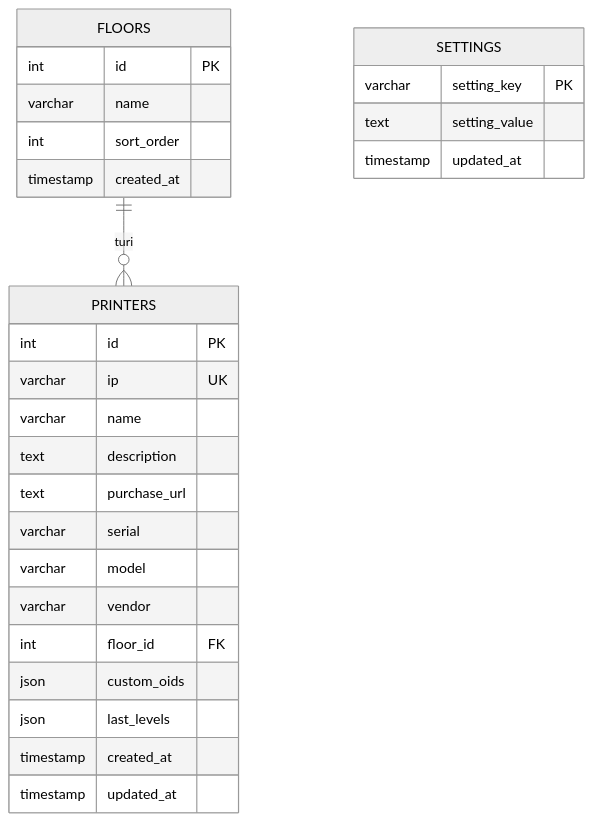
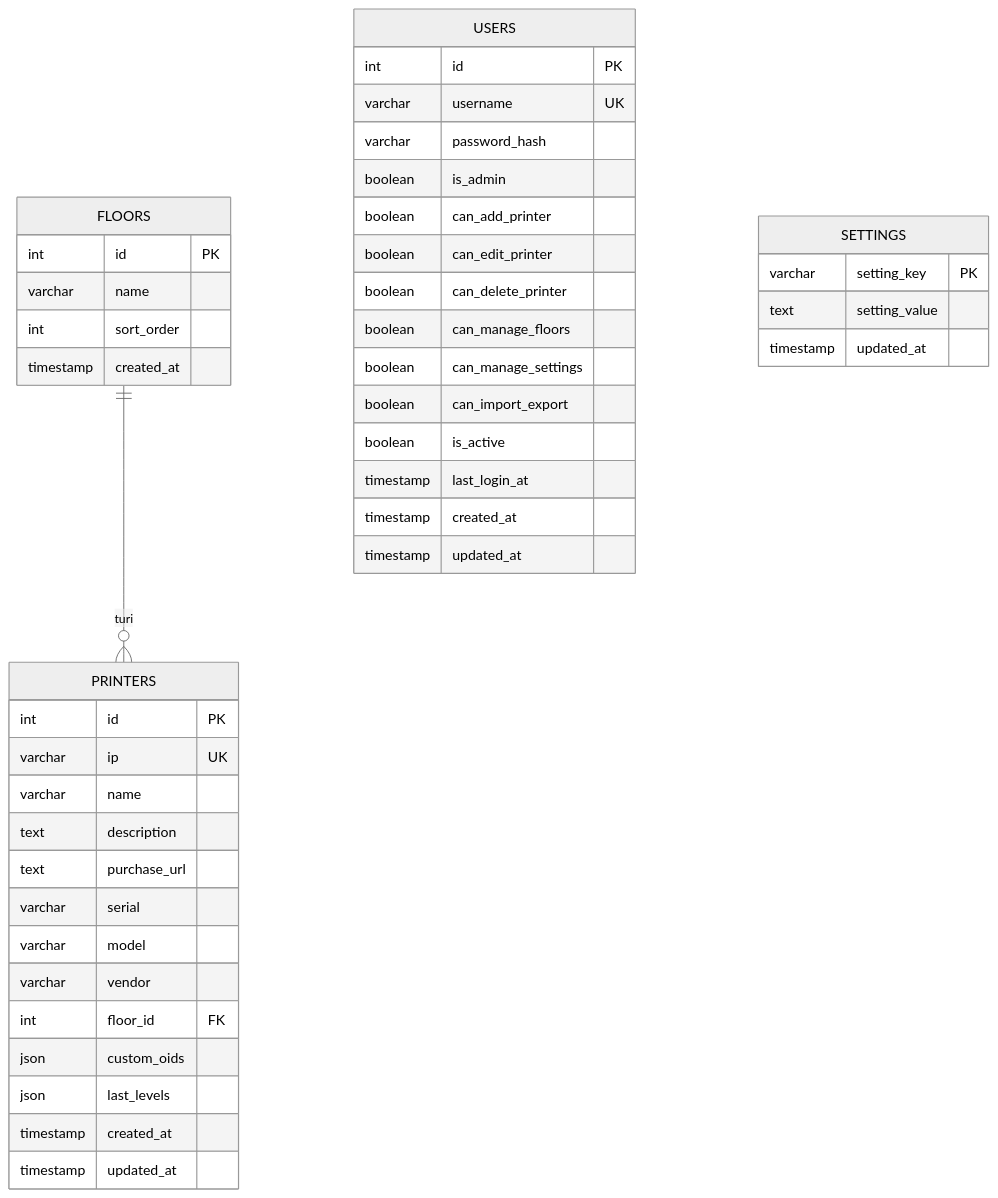
One commit to Silorak/S-printer changed diagram 13 of 15 in architektura.md. Above: the diagram before and after it, drawn with Mermaid (neutral theme). The commit also changed other lines of this file and 21 other files, not shown here.

````diff
--- a/architektura.md
+++ b/architektura.md
@@ -830,30 +879,46 @@
 ```mermaid
 erDiagram
     FLOORS ||--o{ PRINTERS : "turi"
+    USERS {
+        int id PK
+        varchar username UK
+        varchar password_hash
+        boolean is_admin
+        boolean can_add_printer
+        boolean can_edit_printer
+        boolean can_delete_printer
+        boolean can_manage_floors
+        boolean can_manage_settings
+        boolean can_import_export
+        boolean is_active
+        timestamp last_login_at
+        timestamp created_at
+        timestamp updated_at
+    }
     FLOORS {
         int id PK
         varchar name
         int sort_order
         timestamp created_at
     }
     PRINTERS {
         int id PK
         varchar ip UK
         varchar name
         text description
         text purchase_url
         varchar serial
         varchar model
         varchar vendor
         int floor_id FK
         json custom_oids
         json last_levels
         timestamp created_at
         timestamp updated_at
     }
     SETTINGS {
         varchar setting_key PK
         text setting_value
         timestamp updated_at
     }
 ```
````
